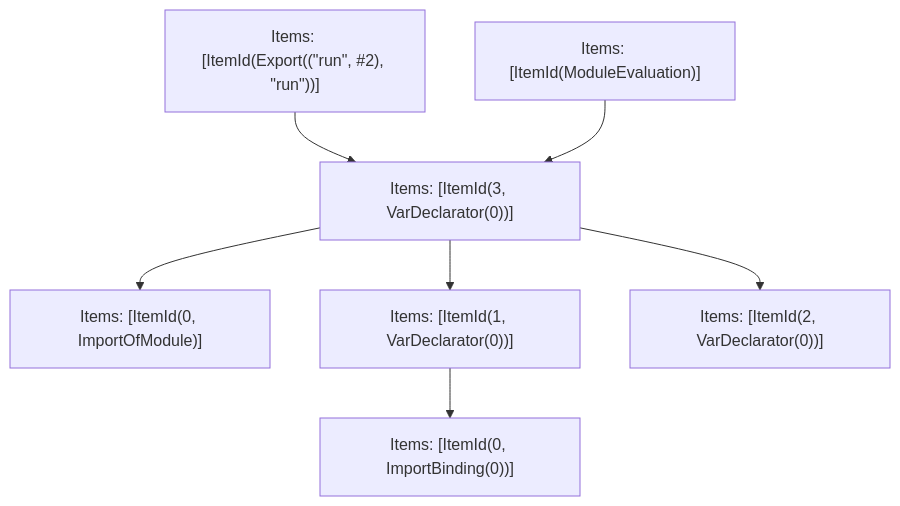
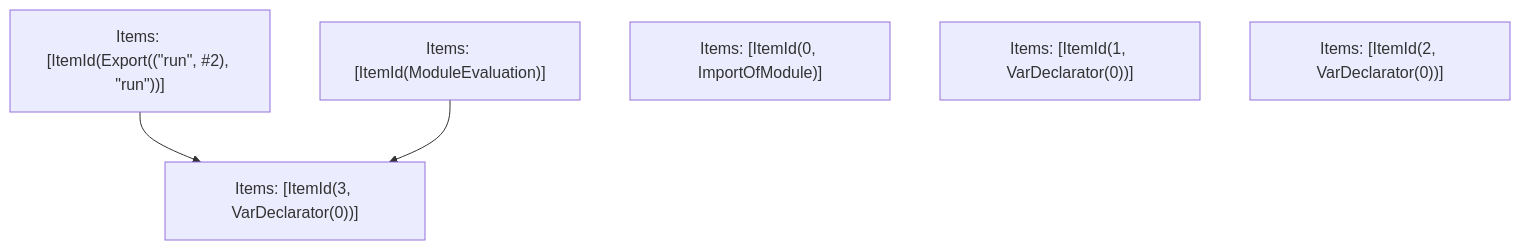
One commit to Sonar-UX-Testing-FreePlan/next.js changed the fifth of 5 diagrams in turbopack/crates/turbopack-ecmascript/tests/tree-shaker/analyzer/ipc-evaluate/output.md. Above: the diagram before and after it, drawn with Mermaid. The commit also changed other lines of this file and 38 other files, not shown here.

````diff
--- a/turbopack/crates/turbopack-ecmascript/tests/tree-shaker/analyzer/ipc-evaluate/output.md
+++ b/turbopack/crates/turbopack-ecmascript/tests/tree-shaker/analyzer/ipc-evaluate/output.md
@@ -217,16 +217,11 @@
 ```mermaid
 graph TD
     N0["Items: [ItemId(ModuleEvaluation)]"];
     N1["Items: [ItemId(Export((&quot;run&quot;, #2), &quot;run&quot;))]"];
-    N2["Items: [ItemId(0, ImportOfModule)]"];
-    N3["Items: [ItemId(0, ImportBinding(0))]"];
+    N2["Items: [ItemId(3, VarDeclarator(0))]"];
+    N3["Items: [ItemId(0, ImportOfModule)]"];
     N4["Items: [ItemId(1, VarDeclarator(0))]"];
     N5["Items: [ItemId(2, VarDeclarator(0))]"];
-    N6["Items: [ItemId(3, VarDeclarator(0))]"];
-    N4 --> N3;
-    N6 --> N4;
-    N6 --> N5;
-    N6 --> N2;
-    N1 --> N6;
-    N0 --> N6;
+    N1 --> N2;
+    N0 --> N2;
 ```
````
